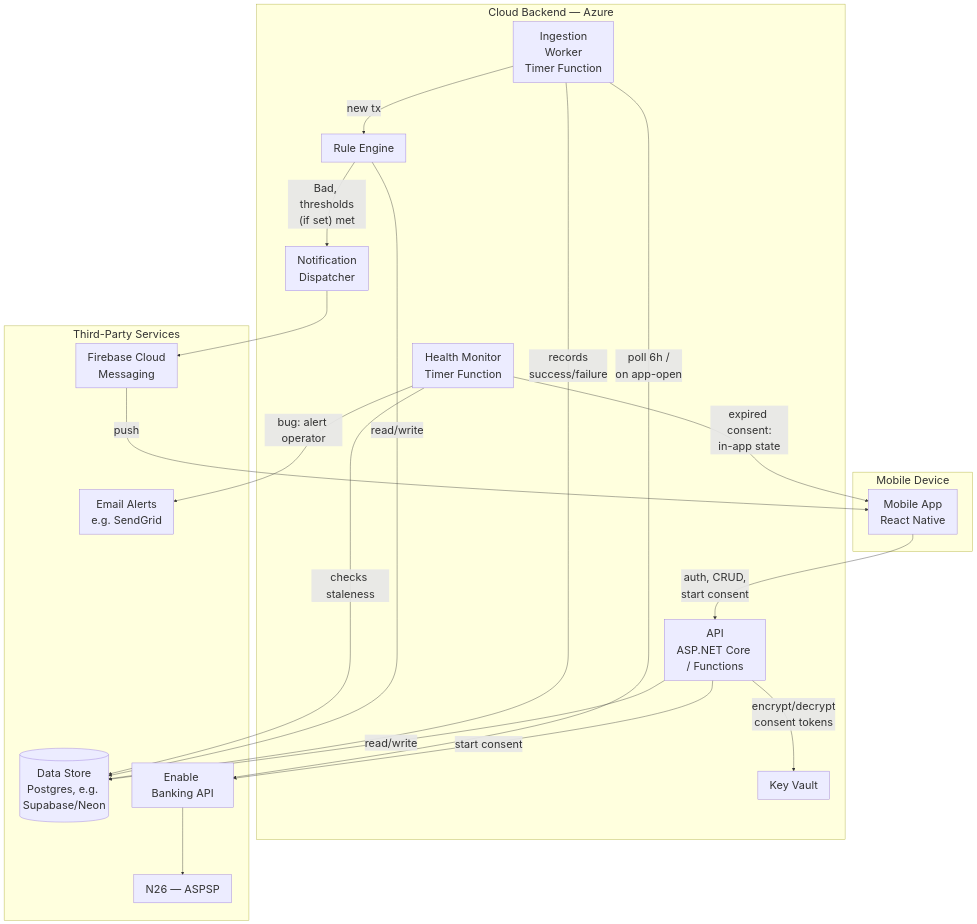
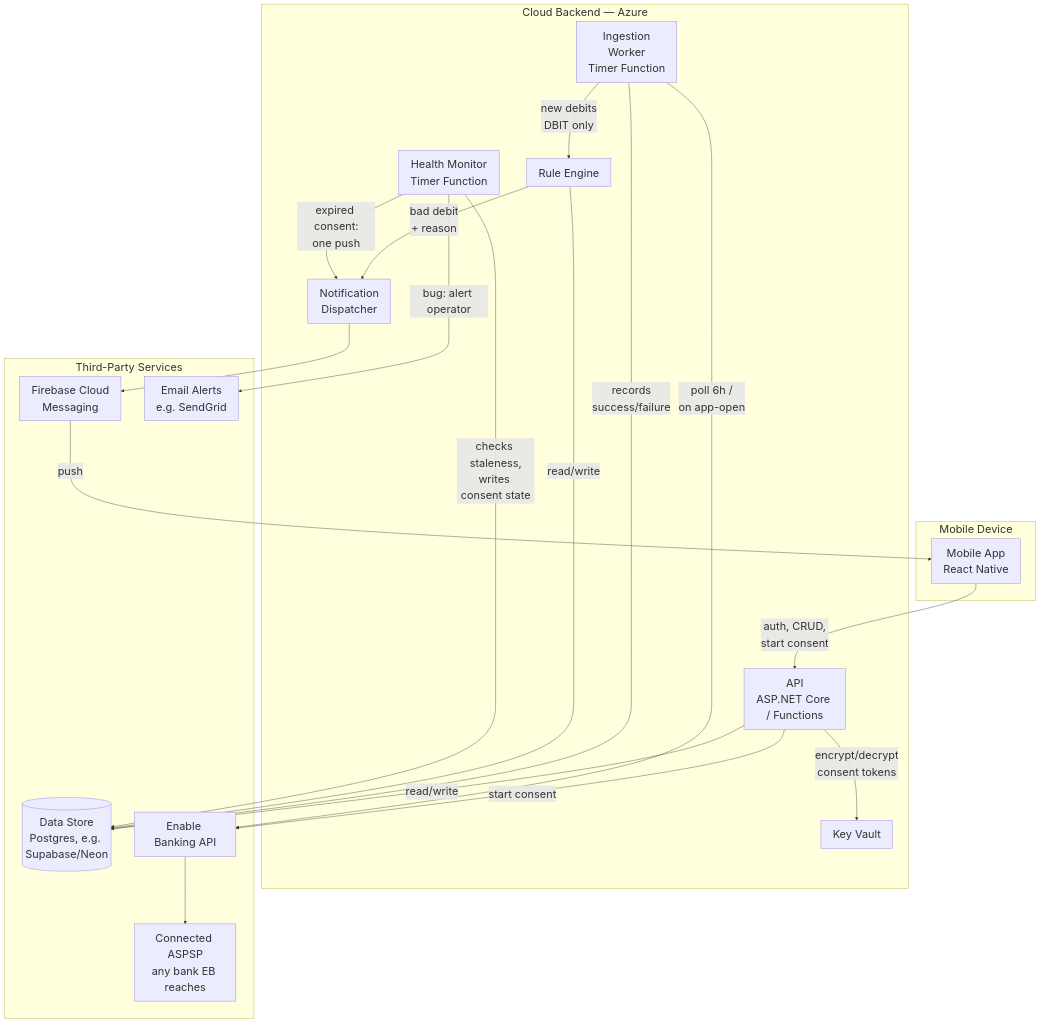
Before and after one commit to adrachnev/greedy-nose: the diagram in ARCHITECTURE.md, drawn with Mermaid. The commit also changed other lines of this file and 3 other files, not shown here.

````diff
--- a/ARCHITECTURE.md
+++ b/ARCHITECTURE.md
@@ -73,55 +37,58 @@
 ```mermaid
 %%{init: {'themeVariables': {'fontSize': '28px'}, 'flowchart': {'nodeSpacing': 60, 'rankSpacing': 90}}}%%
 flowchart TB
     subgraph Mobile["Mobile Device"]
         App["Mobile App
 React Native"]
     end
 
     subgraph Backend["Cloud Backend — Azure"]
         API["API
 ASP.NET Core / Functions"]
         Ingest["Ingestion
 Worker
 Timer Function"]
         Health["Health Monitor
 Timer Function"]
         Rules["Rule Engine"]
         Notify["Notification
 Dispatcher"]
         KV["Key Vault"]
     end
 
     subgraph ThirdParty["Third-Party Services"]
         DB[("Data Store
 Postgres, e.g. Supabase/Neon")]
         EB["Enable Banking API"]
-        Bank["N26 — ASPSP"]
+        Bank["Connected ASPSP
+any bank EB reaches"]
         FCM["Firebase Cloud
 Messaging"]
         Email["Email Alerts
 e.g. SendGrid"]
     end
 
     App -- "auth, CRUD,
 start consent" --> API
     API -- "read/write" --> DB
     API -- "encrypt/decrypt
 consent tokens" --> KV
     API -- "start consent" --> EB
     Ingest -- "poll 6h /
 on app-open" --> EB
     EB --> Bank
-    Ingest -- "new tx" --> Rules
+    Ingest -- "new debits
+DBIT only" --> Rules
     Ingest -- "records
 success/failure" --> DB
     Rules -- "read/write" --> DB
-    Rules -- "Bad, thresholds
-(if set) met" --> Notify
+    Rules -- "bad debit
++ reason" --> Notify
     Notify --> FCM
     FCM -- push --> App
-    Health -- "checks staleness" --> DB
+    Health -- "checks staleness,
+writes consent state" --> DB
     Health -- "bug: alert operator" --> Email
     Health -- "expired consent:
-in-app state" --> App
+one push" --> Notify
 ```
````
